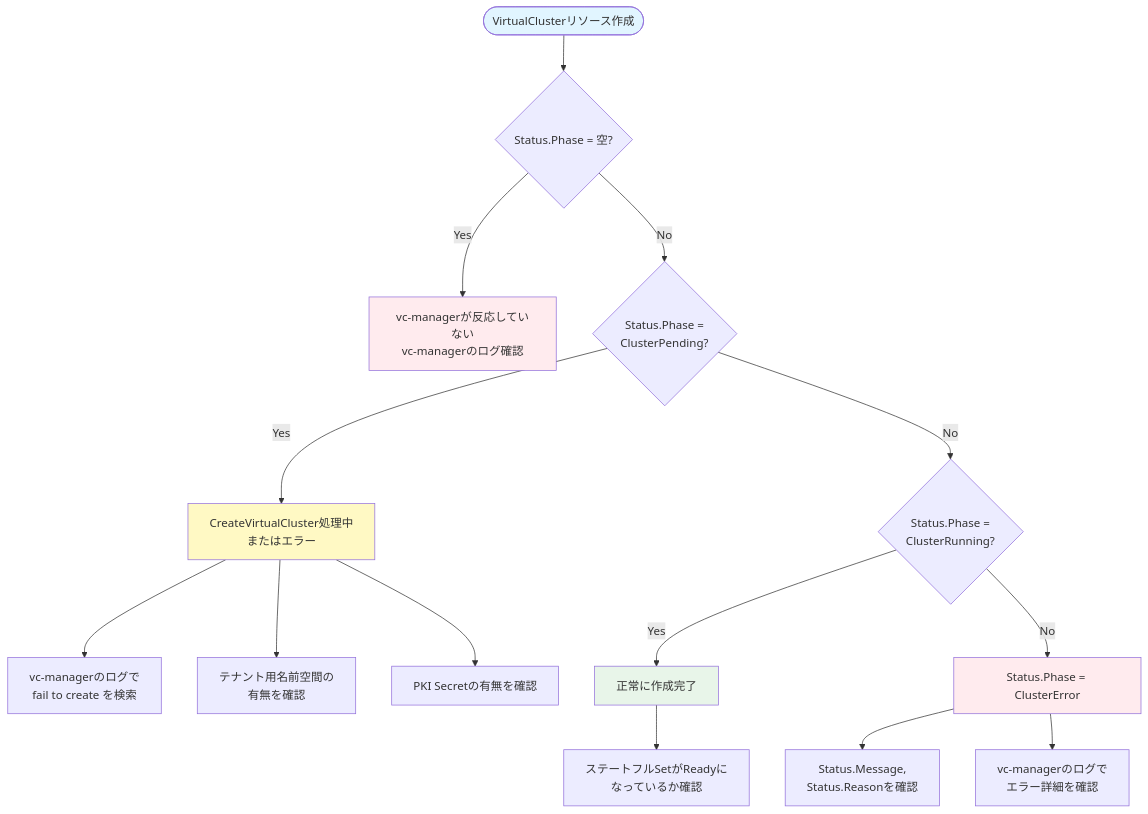
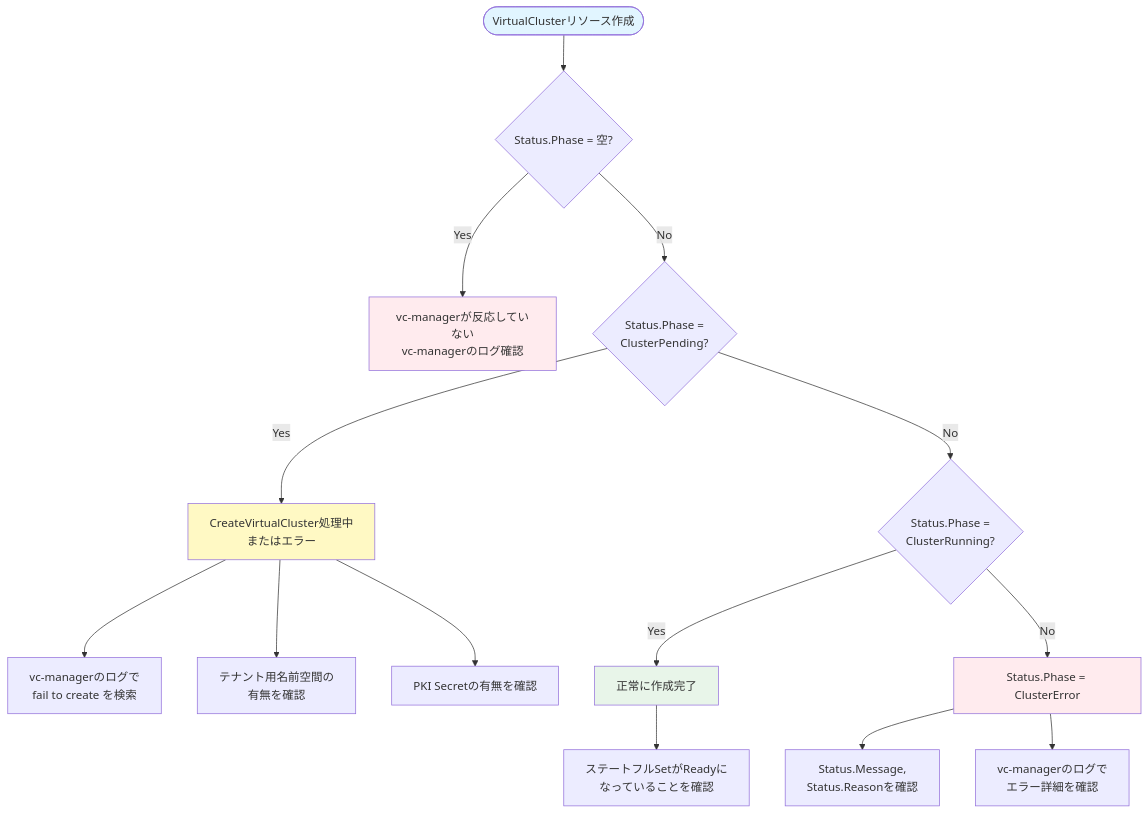
One commit to takeharukato/ansible-linux-setup changed the second of 2 diagrams in roles/k8s-virtual-cluster/Readme.md. Above: the diagram before and after it, drawn with Mermaid. The commit also changed other lines of this file and 58 other files, not shown here.

````diff
--- a/roles/k8s-virtual-cluster/Readme.md
+++ b/roles/k8s-virtual-cluster/Readme.md
@@ -2174,28 +2280,28 @@
 ```mermaid
 flowchart TD
     Start([VirtualClusterリソース作成]) --> CheckPhaseEmpty{Status.Phase = 空?}
 
     CheckPhaseEmpty -->|Yes| ErrorNoResponse[vc-managerが反応していない<br/>vc-managerのログ確認]
 
     CheckPhaseEmpty -->|No| CheckPending{Status.Phase =<br/>ClusterPending?}
 
     CheckPending -->|Yes| PendingState[CreateVirtualCluster処理中<br/>またはエラー]
     PendingState --> PendingCheck1[vc-managerのログで<br/>fail to create を検索]
     PendingState --> PendingCheck2[テナント用名前空間の<br/>有無を確認]
     PendingState --> PendingCheck3[PKI Secretの有無を確認]
 
     CheckPending -->|No| CheckRunning{Status.Phase =<br/>ClusterRunning?}
 
     CheckRunning -->|Yes| SuccessState[正常に作成完了]
-    SuccessState --> SuccessCheck[ステートフルSetがReadyに<br/>なっているか確認]
+    SuccessState --> SuccessCheck[ステートフルSetがReadyに<br/>なっていることを確認]
 
     CheckRunning -->|No| ErrorState[Status.Phase = ClusterError]
     ErrorState --> ErrorCheck1[Status.Message,<br/>Status.Reasonを確認]
     ErrorState --> ErrorCheck2[vc-managerのログで<br/>エラー詳細を確認]
 
     style Start fill:#e1f5ff
     style ErrorNoResponse fill:#ffebee
     style ErrorState fill:#ffebee
     style SuccessState fill:#e8f5e9
     style PendingState fill:#fff9c4
 ```
````
